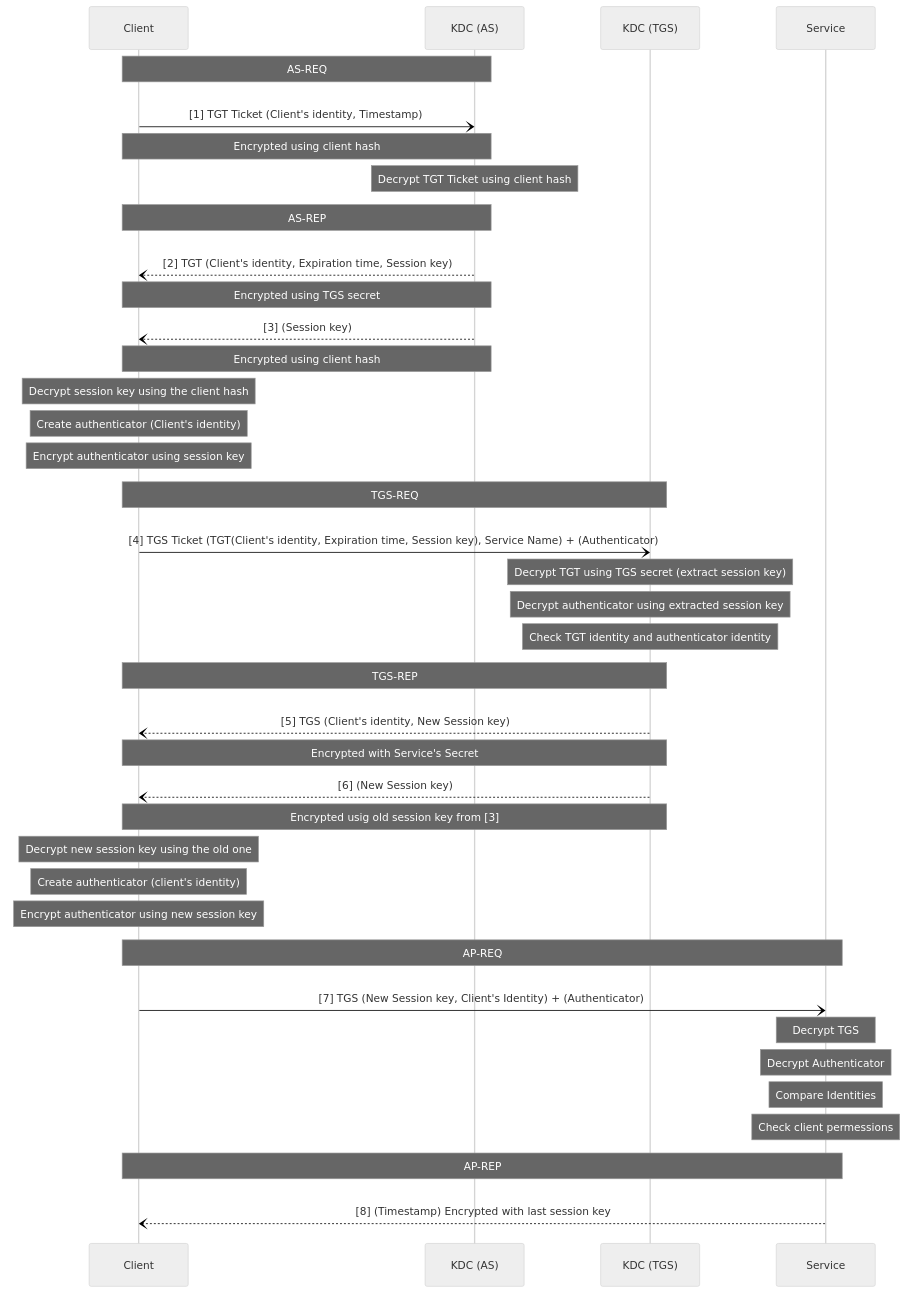
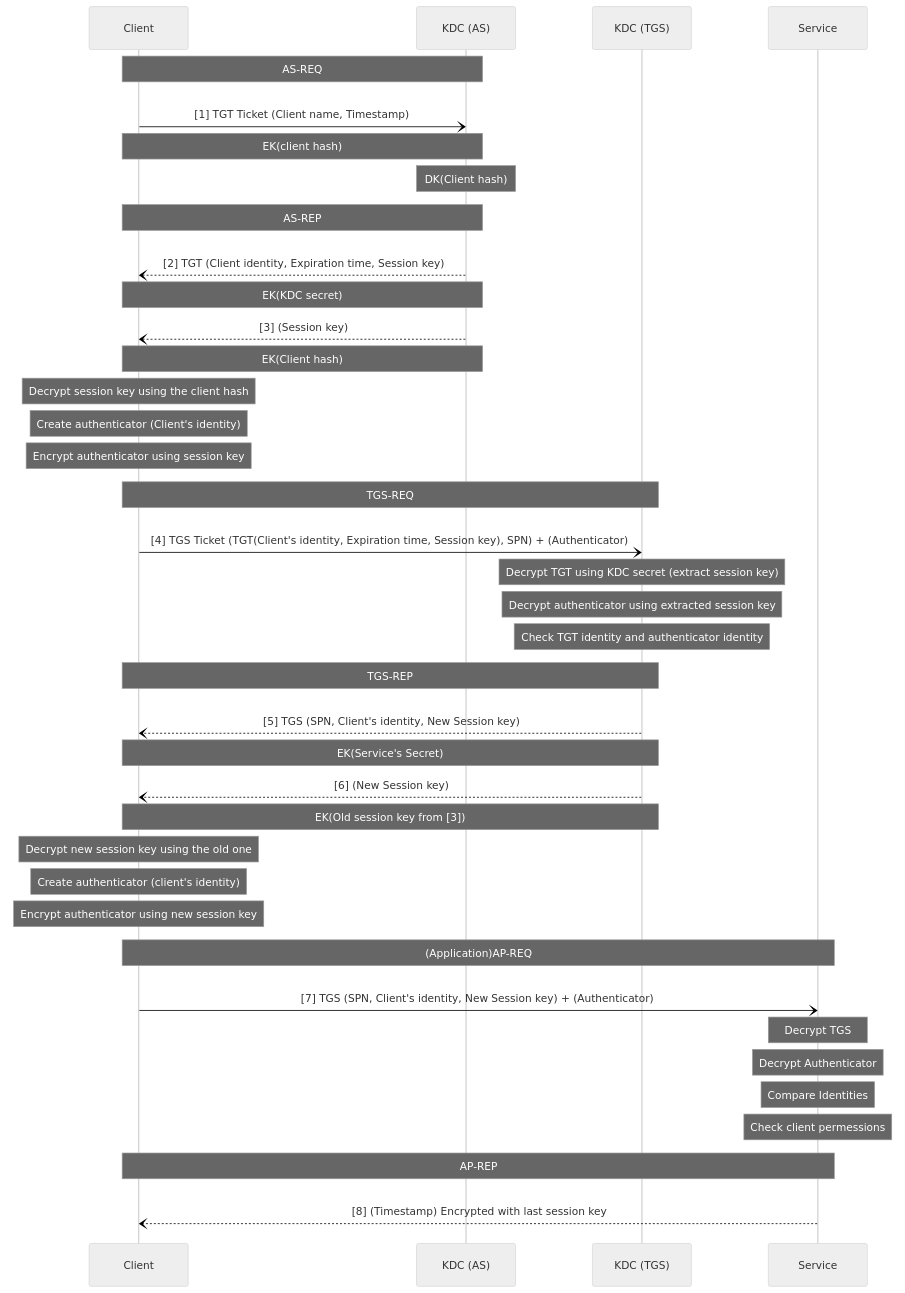
One commit to AhmedHosniFahmi/Security_notes changed the first of 4 diagrams in Operating Systems/Windows/Active Directory/Protocols.md. Above: the diagram before and after it, drawn with Mermaid (neutral theme). The commit also changed 1 other file, not shown here.

Commit message:
Command Injections

````diff
--- a/Operating Systems/Windows/Active Directory/Protocols.md
+++ b/Operating Systems/Windows/Active Directory/Protocols.md
@@ -28,60 +28,60 @@
 ``` mermaid
 sequenceDiagram
     participant Client
     participant AS as KDC (AS)
     participant TGS as KDC (TGS)
     participant Service as Service
     
 	Note over Client,AS: AS-REQ
     rect rgb(255,255,255)
-    Client-)AS: [1] TGT Ticket (Client's identity, Timestamp)
-    Note over Client,AS: Encrypted using client hash
-    Note over AS: Decrypt TGT Ticket using client hash 
+    Client-)AS: [1] TGT Ticket (Client name, Timestamp)
+    Note over Client,AS: EK(client hash)
+    Note over AS: DK(Client hash) 
     end
     
     Note over Client,AS: AS-REP
     rect rgb(255,255,255)
-    AS--)Client: [2] TGT (Client's identity, Expiration time, Session key)
-    Note over AS,Client: Encrypted using TGS secret
+    AS--)Client: [2] TGT (Client identity, Expiration time, Session key)
+    Note over AS,Client: EK(KDC secret)
     
 	AS--)Client: [3] (Session key)
-    Note over AS,Client: Encrypted using client hash
+    Note over AS,Client: EK(Client hash)
     Note over Client: Decrypt session key using the client hash
     Note over Client: Create authenticator (Client's identity)
     Note over Client: Encrypt authenticator using session key
     end
     
     Note over Client,TGS: TGS-REQ
     rect rgb(255,255,255)
-    Client-)TGS: [4] TGS Ticket (TGT(Client's identity, Expiration time, Session key), Service Name) + (Authenticator)
-    Note over TGS: Decrypt TGT using TGS secret (extract session key)
+    Client-)TGS: [4] TGS Ticket (TGT(Client's identity, Expiration time, Session key), SPN) + (Authenticator)
+    Note over TGS: Decrypt TGT using KDC secret (extract session key)
     Note over TGS: Decrypt authenticator using extracted session key
     Note over TGS: Check TGT identity and authenticator identity
     end
     
     Note over Client,TGS: TGS-REP
     rect rgb(255,255,255)
-    TGS--)Client: [5] TGS (Client's identity, New Session key)
-    Note over TGS,Client: Encrypted with Service's Secret
+    TGS--)Client: [5] TGS (SPN, Client's identity, New Session key)
+    Note over TGS,Client: EK(Service's Secret)
     
 	TGS--)Client: [6] (New Session key)
-    Note over TGS,Client: Encrypted usig old session key from [3]
+    Note over TGS,Client: EK(Old session key from [3])
 	Note over Client: Decrypt new session key using the old one
     Note over Client: Create authenticator (client's identity)
     Note over Client: Encrypt authenticator using new session key
     end
     
-    Note over Client,Service: AP-REQ
+    Note over Client,Service: (Application)AP-REQ
     rect rgb(255,255,255)
-    Client-)Service: [7] TGS (New Session key, Client's Identity) + (Authenticator)
+    Client-)Service: [7] TGS (SPN, Client's identity, New Session key) + (Authenticator)
     Note over Service: Decrypt TGS
     Note over Service: Decrypt Authenticator
     Note over Service: Compare Identities
     Note over Service: Check client permessions
     end
     
     Note over Client,Service: AP-REP
     rect rgb(255,255,255)
     Service--)Client: [8] (Timestamp) Encrypted with last session key
     end
 ```
````
